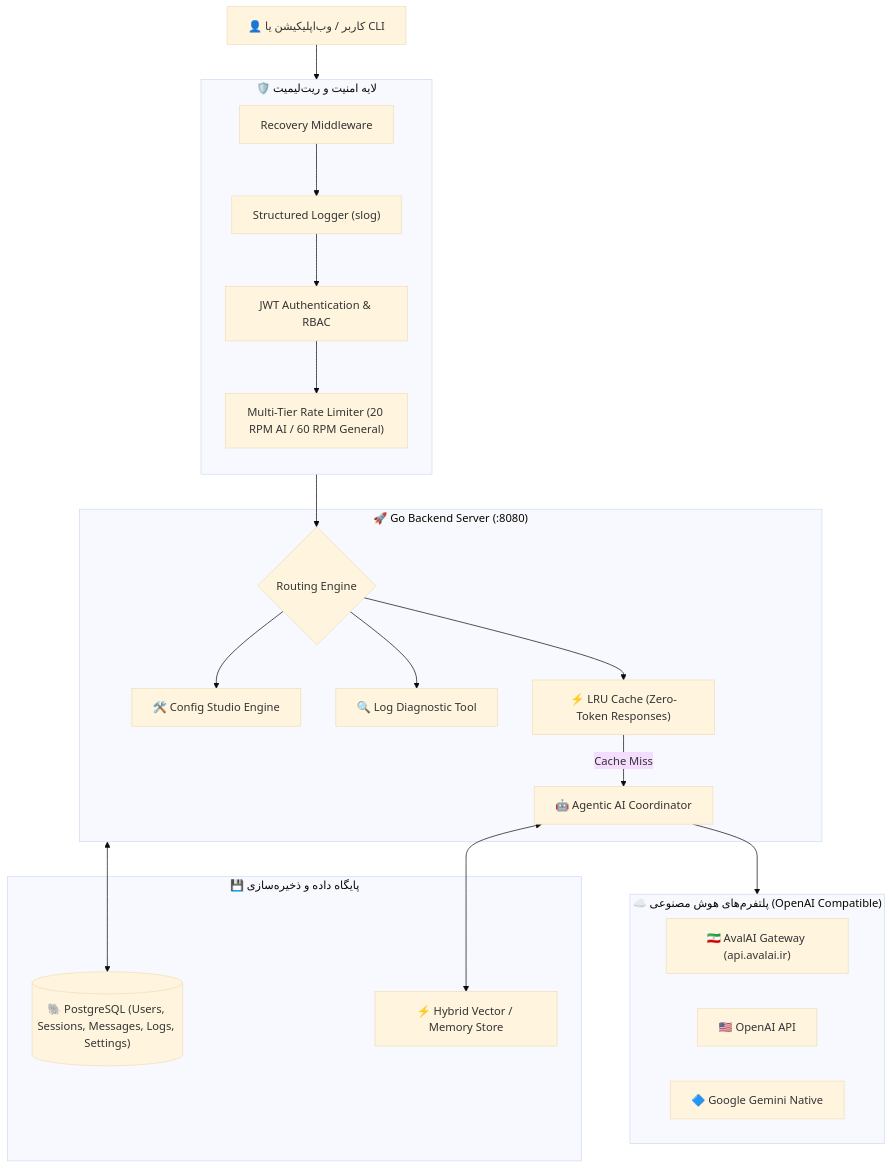
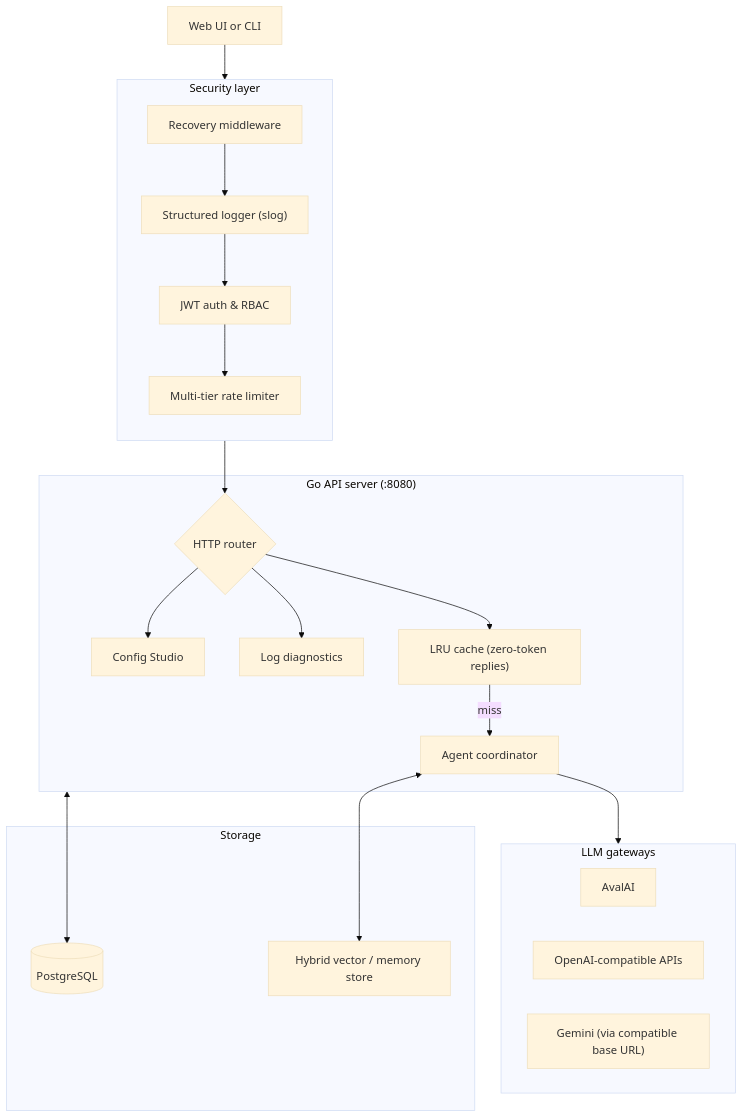
One commit to MostafaMashhadi/LiaraAgent changed the diagram in README.md. Above: the diagram before and after it, drawn with Mermaid (base theme). The commit also changed other lines of this file and 75 other files, not shown here.

````diff
--- a/README.md
+++ b/README.md
@@ -55,43 +58,43 @@
 ```mermaid
 flowchart TD
-    User["👤 کاربر / وب‌اپلیکیشن یا CLI"]
+    User["Web UI or CLI"]
 
-    subgraph Security ["🛡️ لایه امنیت و ریت‌لیمیت"]
+    subgraph Security ["Security layer"]
         direction TB
-        Recovery["Recovery Middleware"] --> Logger["Structured Logger (slog)"]
-        Logger --> JWTAuth["JWT Authentication & RBAC"]
-        JWTAuth --> RateLimiter["Multi-Tier Rate Limiter (20 RPM AI / 60 RPM General)"]
+        Recovery["Recovery middleware"] --> Logger["Structured logger (slog)"]
+        Logger --> JWTAuth["JWT auth & RBAC"]
+        JWTAuth --> RateLimiter["Multi-tier rate limiter"]
     end
 
     User --> Security
 
-    subgraph Backend ["🚀 Go Backend Server (:8080)"]
-        Router{"Routing Engine"}
-        Cache["⚡ LRU Cache (Zero-Token Responses)"]
-        AgentCore["🤖 Agentic AI Coordinator"]
-        ConfigEngine["🛠️ Config Studio Engine"]
-        LogAnalyzer["🔍 Log Diagnostic Tool"]
+    subgraph Backend ["Go API server (:8080)"]
+        Router{"HTTP router"}
+        Cache["LRU cache (zero-token replies)"]
+        AgentCore["Agent coordinator"]
+        ConfigEngine["Config Studio"]
+        LogAnalyzer["Log diagnostics"]
     end
 
     RateLimiter --> Router
     Router --> Cache
-    Cache -->|"Cache Miss"| AgentCore
+    Cache -->|"miss"| AgentCore
     Router --> ConfigEngine
     Router --> LogAnalyzer
 
-    subgraph Gateway ["☁️ پلتفرم‌های هوش مصنوعی (OpenAI Compatible)"]
-        AvalAI["🇮🇷 AvalAI Gateway (api.avalai.ir)"]
-        OpenAI["🇺🇸 OpenAI API"]
-        Gemini["🔷 Google Gemini Native"]
+    subgraph Gateway ["LLM gateways"]
+        AvalAI["AvalAI"]
+        OpenAI["OpenAI-compatible APIs"]
+        Gemini["Gemini (via compatible base URL)"]
     end
 
     AgentCore --> Gateway
 
-    subgraph Storage ["💾 پایگاه داده و ذخیره‌سازی"]
-        Postgres[("🐘 PostgreSQL (Users, Sessions, Messages, Logs, Settings)")]
-        VectorStore["⚡ Hybrid Vector / Memory Store"]
+    subgraph Storage ["Storage"]
+        Postgres[("PostgreSQL")]
+        VectorStore["Hybrid vector / memory store"]
     end
 
     Backend <--> Postgres
     AgentCore <--> VectorStore
 ```
````
